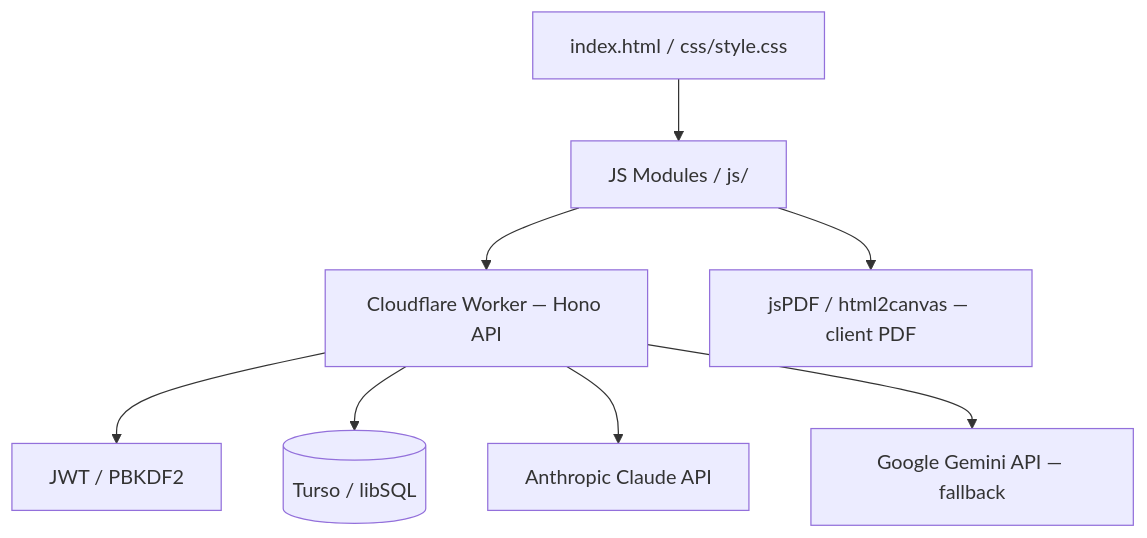
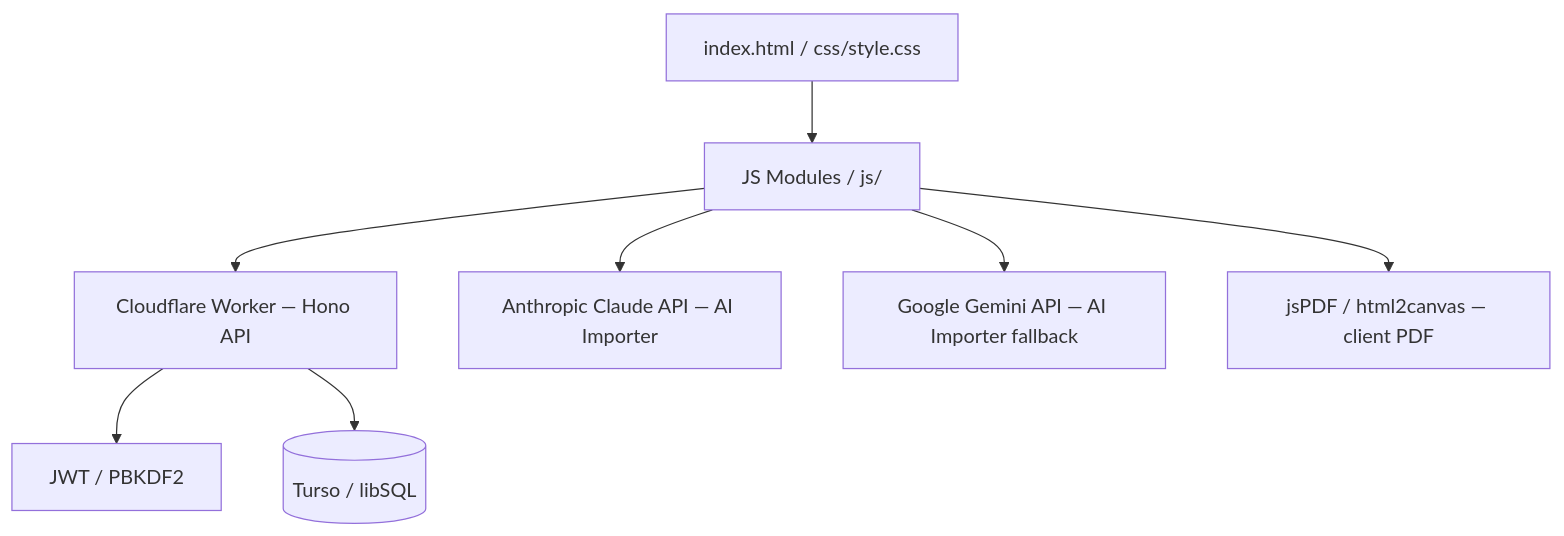
The diagram in README.md (theronv/trainingflow), drawn with Mermaid before and after one commit. The commit also changed other lines of this file and 2 other files, not shown here.

````diff
--- a/README.md
+++ b/README.md
@@ -39,10 +39,10 @@
 ```mermaid
 graph TD
     UI[index.html / css/style.css] --> JS[JS Modules / js/]
     JS --> Worker[Cloudflare Worker — Hono API]
     Worker --> Auth[JWT / PBKDF2]
     Worker --> DB[(Turso / libSQL)]
-    Worker --> Claude[Anthropic Claude API]
-    Worker --> Gemini[Google Gemini API — fallback]
+    JS --> Claude[Anthropic Claude API — AI Importer]
+    JS --> Gemini[Google Gemini API — AI Importer fallback]
     JS --> PDF[jsPDF / html2canvas — client PDF]
 ```
````
